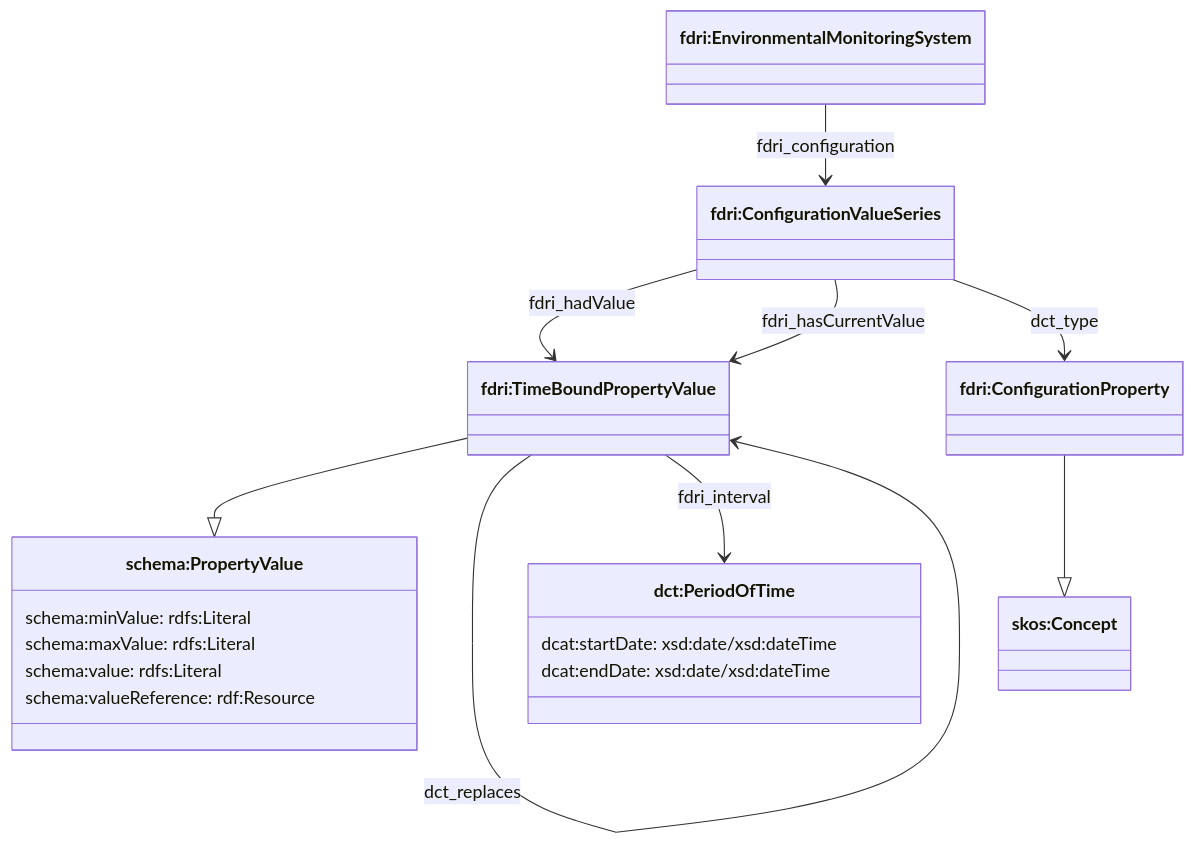
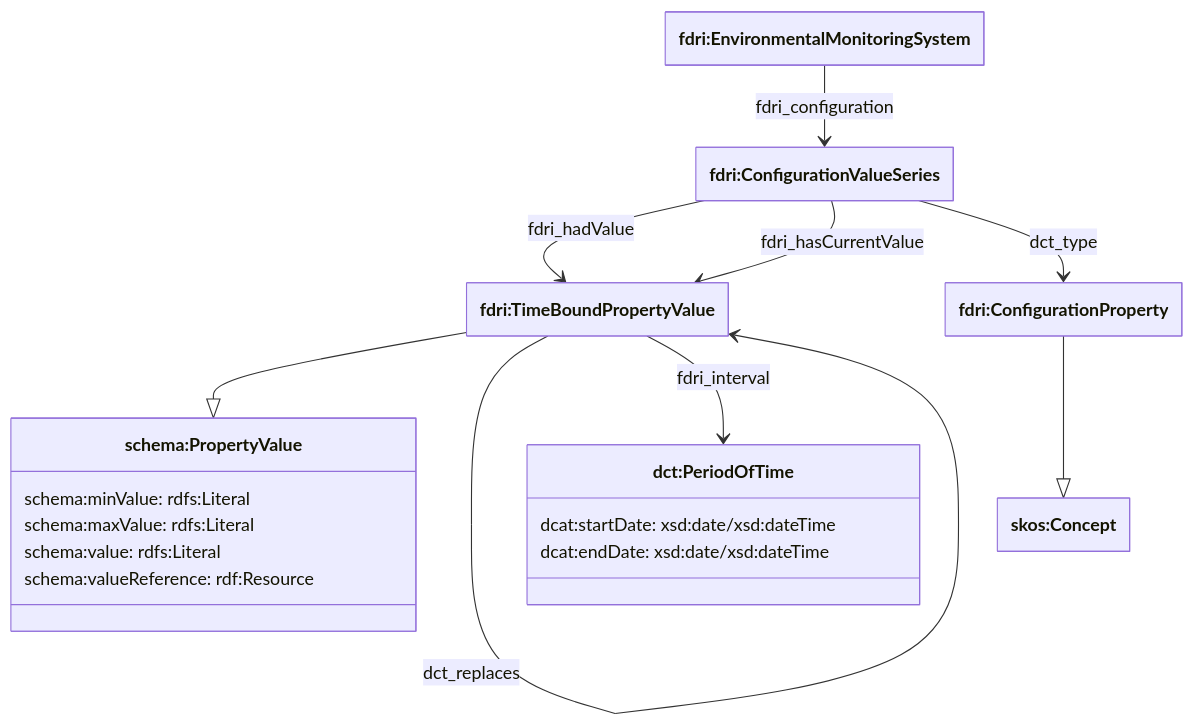
Before and after one commit to NERC-CEH/fdri-ontology: the fourth of 9 diagrams in doc/sensor-system.md, drawn with Mermaid. The commit also changed other lines of this file, not shown here.

````diff
--- a/doc/sensor-system.md
+++ b/doc/sensor-system.md
@@ -103,27 +112,30 @@
 ```mermaid
+---
+  config: { class : { hideEmptyMembersBox: true}}
+---
 classDiagram
   class EMSystem["fdri:EnvironmentalMonitoringSystem"]
   class Configuration["fdri:TimeBoundPropertyValue"]
   class ConfigurationValueSeries["fdri:ConfigurationValueSeries"]
   class PeriodOfTime["dct:PeriodOfTime"] {
     dcat:startDate: xsd:date/xsd:dateTime
     dcat:endDate: xsd:date/xsd:dateTime
   }
   class ConfigurationProperty["fdri:ConfigurationProperty"]
   class Concept["skos:Concept"]
   class PropertyValue["schema:PropertyValue"] {
     schema:minValue: rdfs:Literal
     schema:maxValue: rdfs:Literal
     schema:value: rdfs:Literal
     schema:valueReference: rdf:Resource
   }
 
   EMSystem --> ConfigurationValueSeries: fdri_configuration
   ConfigurationValueSeries --> Configuration: fdri_hadValue
   ConfigurationValueSeries --> Configuration: fdri_hasCurrentValue
   ConfigurationValueSeries --> ConfigurationProperty: dct_type
   ConfigurationProperty --|> Concept
   Configuration --|> PropertyValue
   Configuration --> Configuration: dct_replaces
   Configuration --> PeriodOfTime: fdri_interval
 ```
````
